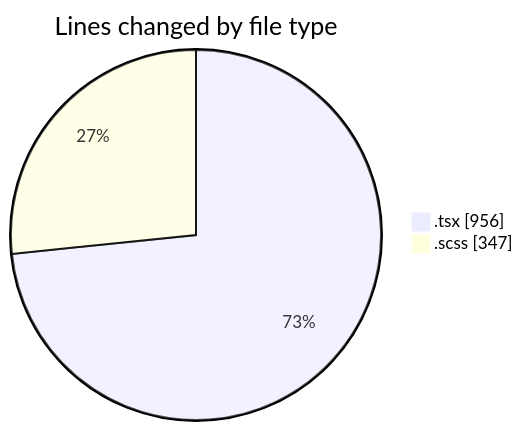
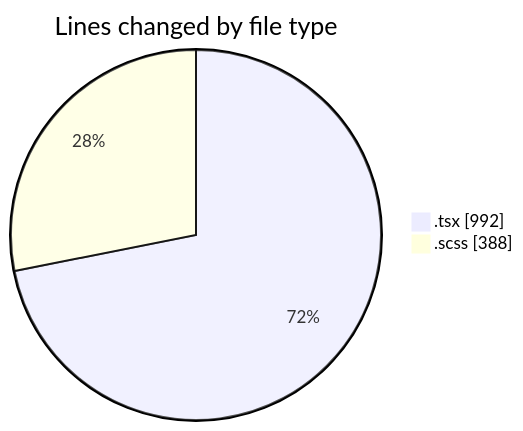
The first of 2 diagrams in 2026-08-26/cda/README.md (momahboobian/code-tracking), drawn with Mermaid before and after one commit. The commit also changed other lines of this file and 1 other file, not shown here.

````diff
--- a/2026-08-26/cda/README.md
+++ b/2026-08-26/cda/README.md
@@ -29,6 +29,6 @@
 ```mermaid
 pie showData
 title Lines changed by file type
-".tsx" : 956
-".scss" : 347
+".tsx" : 992
+".scss" : 388
 ```
````
